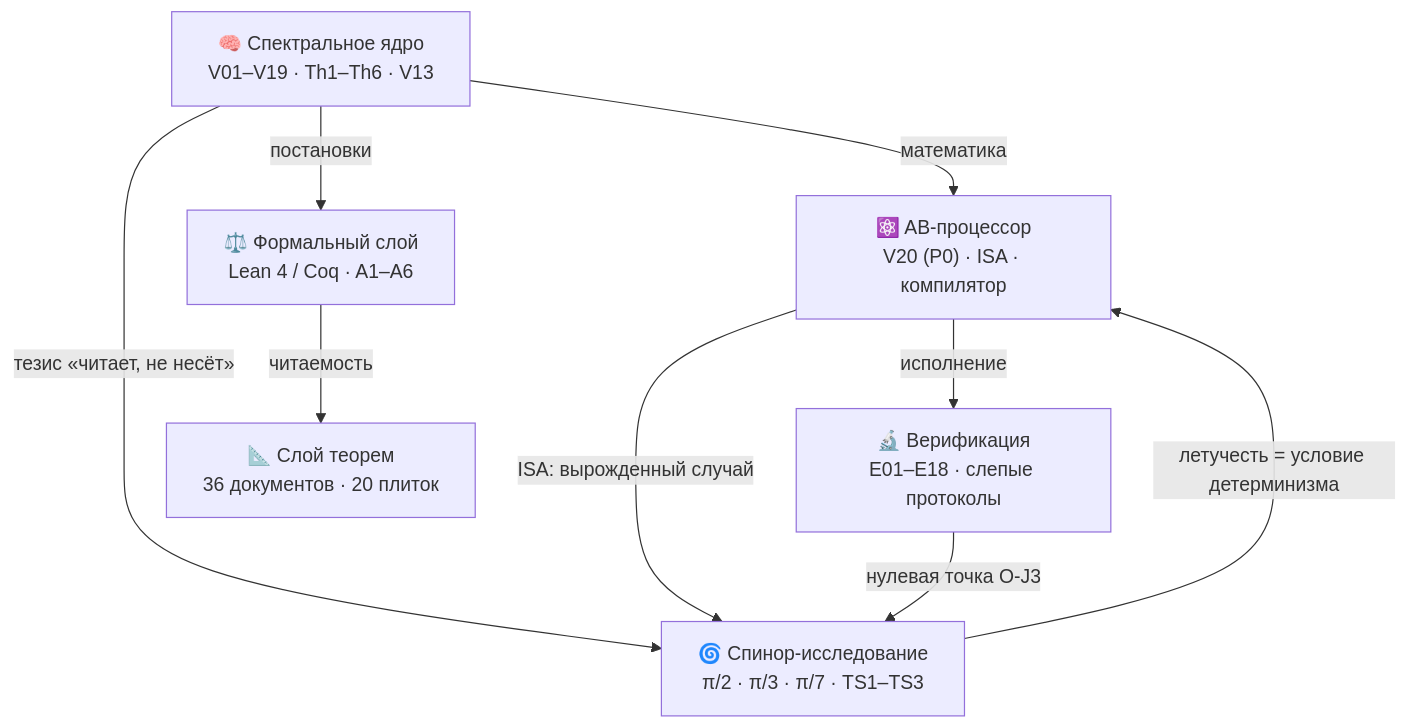
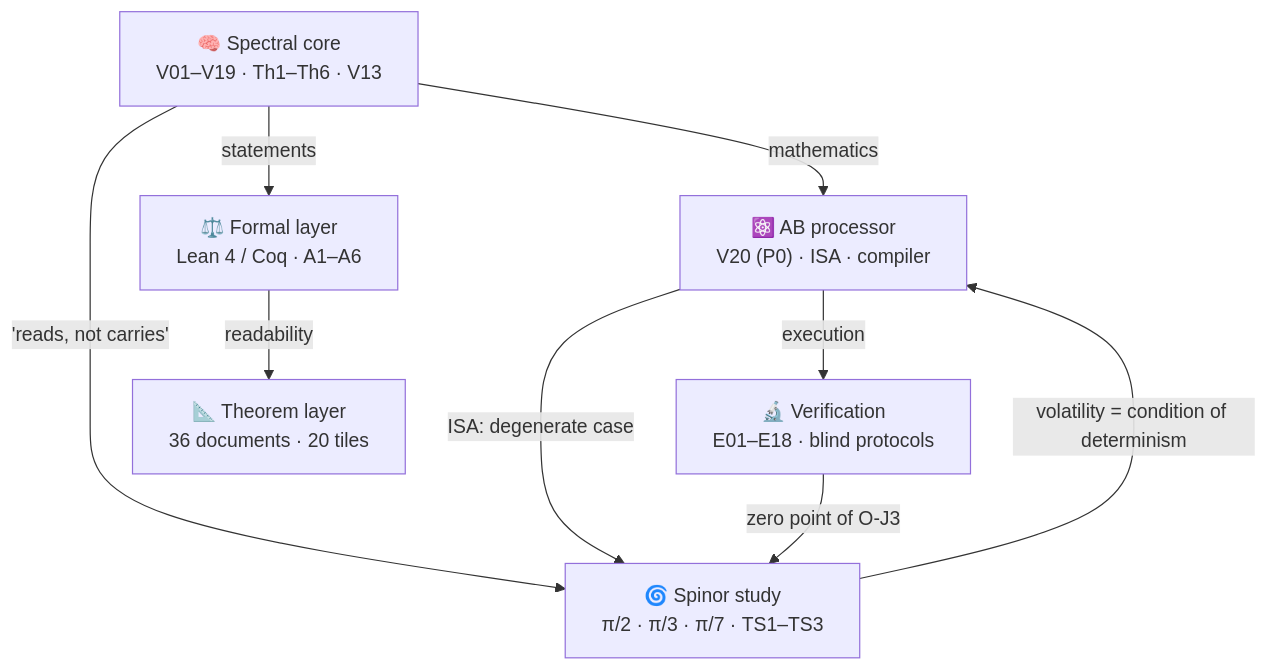
One commit to wild8highlander/ab-cloud-research changed the diagram in AB_Cloud_Quantum_Research/README.md. Above: the diagram before and after it, drawn with Mermaid. The commit also changed other lines of this file and 92 other files, not shown here.

````diff
--- a/AB_Cloud_Quantum_Research/README.md
+++ b/AB_Cloud_Quantum_Research/README.md
@@ -104,11 +159,11 @@
 ```mermaid
 graph TD
-    A["🧠 Спектральное ядро<br/>V01–V19 · Th1–Th6 · V13"] -->|"математика"| B["⚛️ AB-процессор<br/>V20 (P0) · ISA · компилятор"]
-    B -->|"исполнение"| C["🔬 Верификация<br/>E01–E18 · слепые протоколы"]
-    A -->|"постановки"| D["⚖️ Формальный слой<br/>Lean 4 / Coq · A1–A6"]
-    D -->|"читаемость"| E["📐 Слой теорем<br/>36 документов · 20 плиток"]
-    A -->|"тезис «читает, не несёт»"| F["🌀 Спинор-исследование<br/>π/2 · π/3 · π/7 · TS1–TS3"]
-    B -->|"ISA: вырожденный случай"| F
-    C -->|"нулевая точка O-J3"| F
-    F -->|"летучесть = условие детерминизма"| B
+    A["🧠 Spectral core<br/>V01–V19 · Th1–Th6 · V13"] -->|"mathematics"| B["⚛️ AB processor<br/>V20 (P0) · ISA · compiler"]
+    B -->|"execution"| C["🔬 Verification<br/>E01–E18 · blind protocols"]
+    A -->|"statements"| D["⚖️ Formal layer<br/>Lean 4 / Coq · A1–A6"]
+    D -->|"readability"| E["📐 Theorem layer<br/>36 documents · 20 tiles"]
+    A -->|"'reads, not carries'"| F["🌀 Spinor study<br/>π/2 · π/3 · π/7 · TS1–TS3"]
+    B -->|"ISA: degenerate case"| F
+    C -->|"zero point of O-J3"| F
+    F -->|"volatility = condition of determinism"| B
 ```
````
